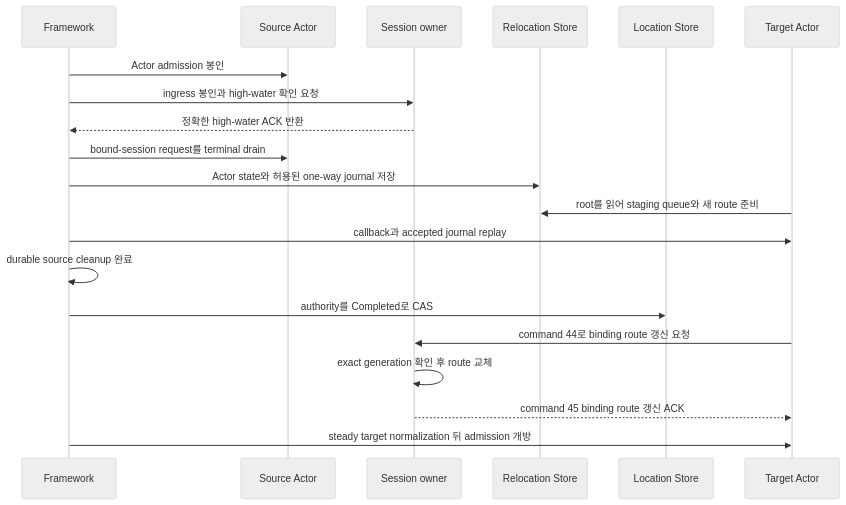
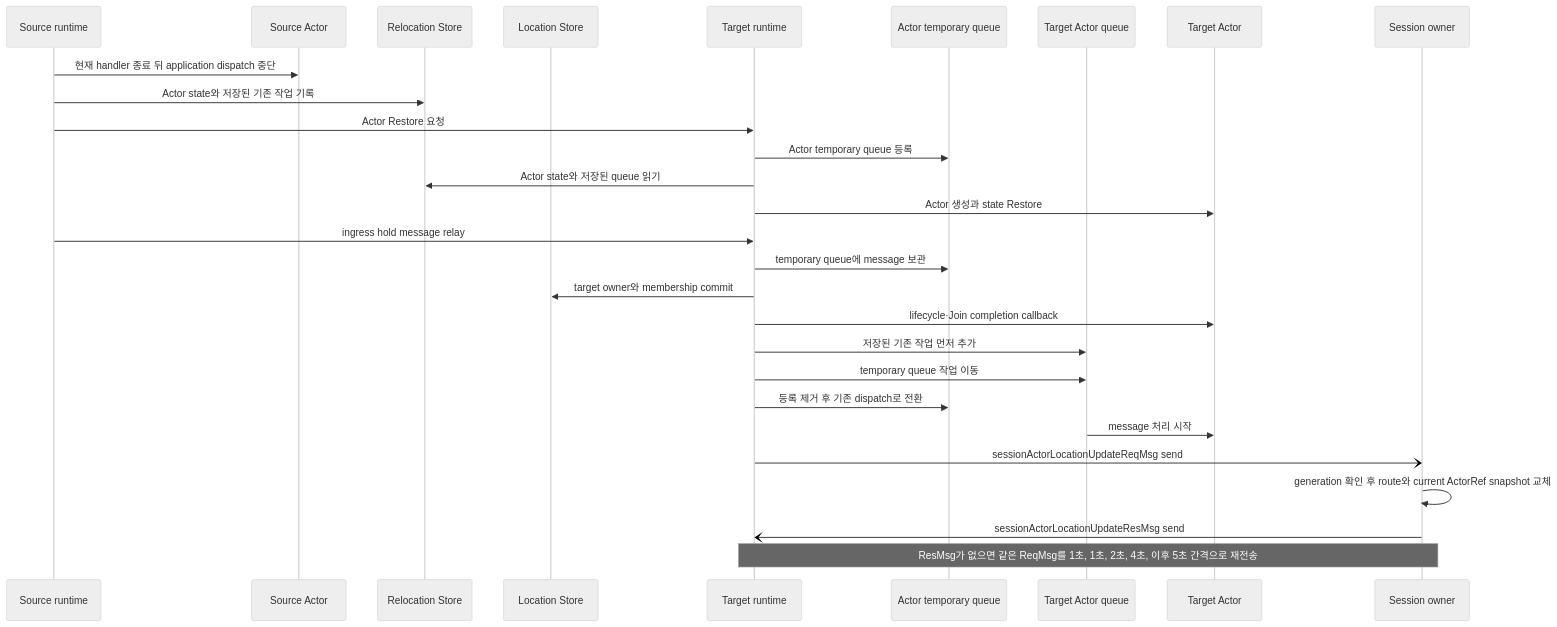
The second of 2 diagrams in framework/doc/framework/common/spec/20-session-actor-dispatch.ko.md (kairos-code-dev/zlink), drawn with Mermaid (neutral theme) before and after one commit. The commit also changed other lines of this file and 262 other files, not shown here.

Commit message:
update framework contracts runtime and packages

````diff
--- a/framework/doc/framework/common/spec/20-session-actor-dispatch.ko.md
+++ b/framework/doc/framework/common/spec/20-session-actor-dispatch.ko.md
@@ -292,23 +361,31 @@
 ```mermaid
 sequenceDiagram
-    participant Framework
+    participant SourceRuntime as Source runtime
     participant SourceActor as Source Actor
-    participant SessionOwner as Session owner
     participant RelocationStore as Relocation Store
     participant LocationStore as Location Store
+    participant TargetRuntime as Target runtime
+    participant TargetTemp as Actor temporary queue
+    participant TargetQueue as Target Actor queue
     participant TargetActor as Target Actor
+    participant SessionOwner as Session owner
 
-    Framework->>SourceActor: Actor admission 봉인
-    Framework->>SessionOwner: ingress 봉인과 high-water 확인 요청
-    SessionOwner-->>Framework: 정확한 high-water ACK 반환
-    Framework->>SourceActor: bound-session request를 terminal drain
-    Framework->>RelocationStore: Actor state와 허용된 one-way journal 저장
-    TargetActor->>RelocationStore: root를 읽어 staging queue와 새 route 준비
-    Framework->>TargetActor: callback과 accepted journal replay
-    Framework->>Framework: durable source cleanup 완료
-    Framework->>LocationStore: authority를 Completed로 CAS
-    TargetActor->>SessionOwner: command 44로 binding route 갱신 요청
-    SessionOwner->>SessionOwner: exact generation 확인 후 route 교체
-    SessionOwner-->>TargetActor: command 45 binding route 갱신 ACK
-    Framework->>TargetActor: steady target normalization 뒤 admission 개방
+    SourceRuntime->>SourceActor: 현재 handler 종료 뒤 application dispatch 중단
+    SourceRuntime->>RelocationStore: Actor state와 저장된 기존 작업 기록
+    SourceRuntime->>TargetRuntime: Actor Restore 요청
+    TargetRuntime->>TargetTemp: Actor temporary queue 등록
+    TargetRuntime->>RelocationStore: Actor state와 저장된 queue 읽기
+    TargetRuntime->>TargetActor: Actor 생성과 state Restore
+    SourceRuntime->>TargetRuntime: ingress hold message relay
+    TargetRuntime->>TargetTemp: temporary queue에 message 보관
+    TargetRuntime->>LocationStore: target owner와 membership commit
+    TargetRuntime->>TargetActor: lifecycle·Join completion callback
+    TargetRuntime->>TargetQueue: 저장된 기존 작업 먼저 추가
+    TargetRuntime->>TargetQueue: temporary queue 작업 이동
+    TargetRuntime->>TargetTemp: 등록 제거 후 기존 dispatch로 전환
+    TargetQueue->>TargetActor: message 처리 시작
+    TargetRuntime-)SessionOwner: sessionActorLocationUpdateReqMsg send
+    SessionOwner->>SessionOwner: generation 확인 후 route와 current ActorRef snapshot 교체
+    SessionOwner-)TargetRuntime: sessionActorLocationUpdateResMsg send
+    Note over TargetRuntime,SessionOwner: ResMsg가 없으면 같은 ReqMsg를 1초, 1초, 2초, 4초, 이후 5초 간격으로 재전송
 ```
````
